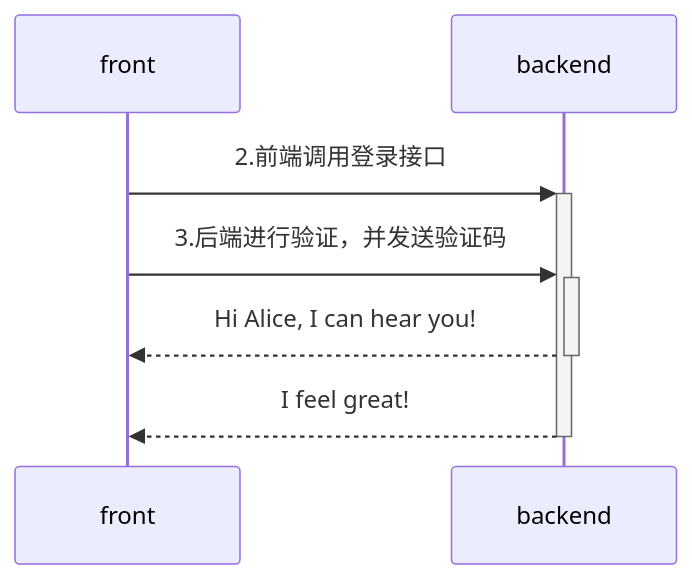
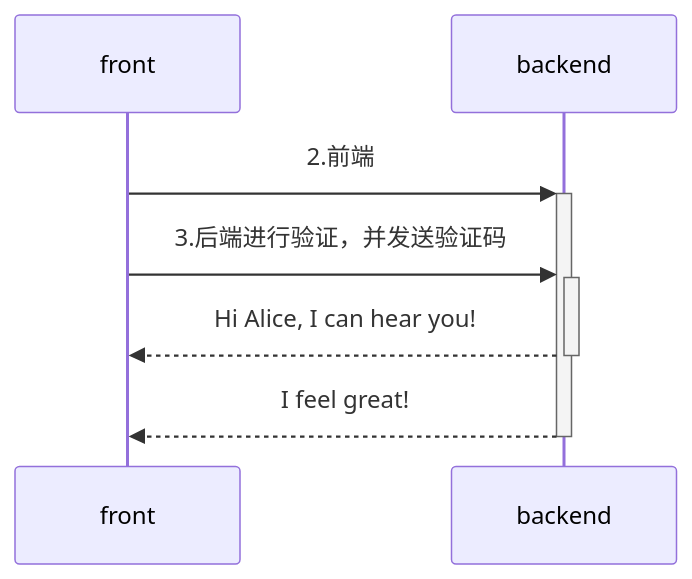
The diagram in all/未命名-4.md (yingjianzh/iodraw-files), drawn with Mermaid before and after one commit.

Commit message:
2024-08-02 17:39:27 update

````diff
--- a/all/未命名-4.md
+++ b/all/未命名-4.md
@@ -1,9 +1,8 @@
 ```mermaid
 sequenceDiagram
-   
-    front->>+backend: 2.前端调用登录接口
+    front->>+backend: 2.前端
     front->>+backend: 3.后端进行验证，并发送验证码
     backend-->>-front: Hi Alice, I can hear you!
     backend-->>-front: I feel great!
             
 ```
````
